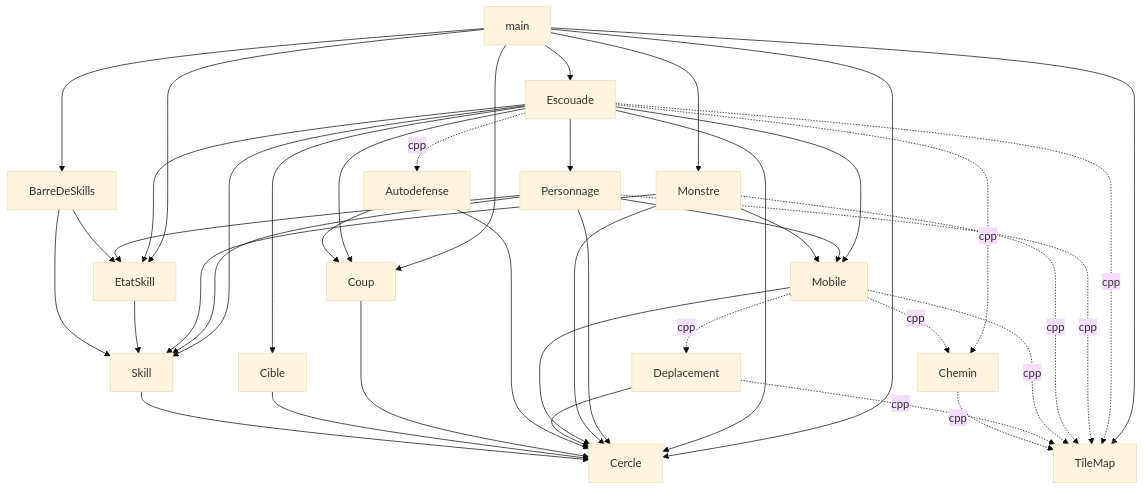
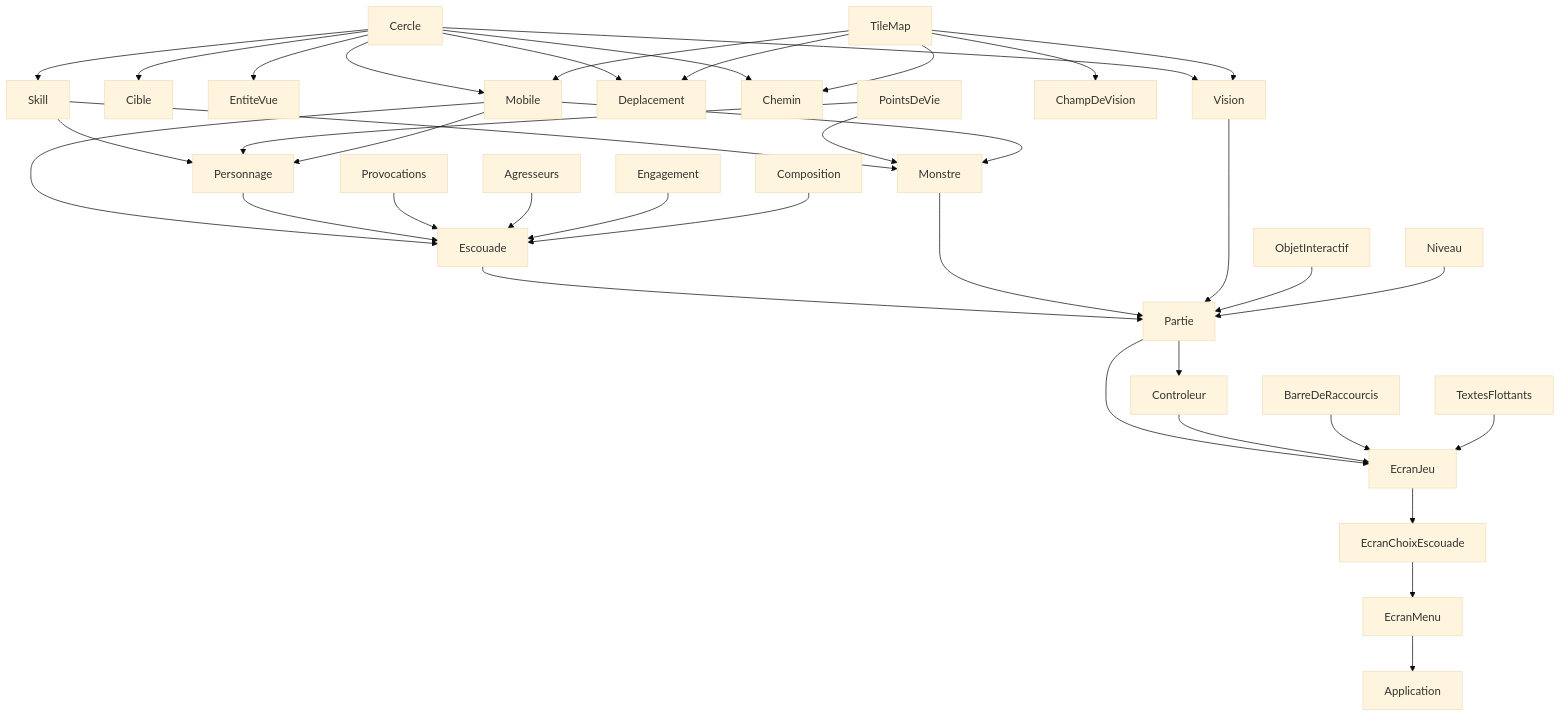
The diagram in docs/audit.md (olivincent/squad-arpg), drawn with Mermaid (base theme) before and after one commit. The commit also changed other lines of this file and 1 other file, not shown here.

````diff
--- a/docs/audit.md
+++ b/docs/audit.md
@@ -72,21 +206,14 @@
 ```mermaid
 graph TD
-  main --> BarreDeSkills & Escouade & Monstre & TileMap & Cercle & Coup & EtatSkill
-  Escouade --> Personnage & Mobile & Skill & Cible & Cercle & Coup & EtatSkill
-  Escouade -.cpp.-> Autodefense & Chemin & TileMap
-  Personnage --> Mobile & Skill & EtatSkill & Cercle
-  Personnage -.cpp.-> TileMap
-  Monstre --> Mobile & Skill & Cercle
-  Monstre -.cpp.-> TileMap
-  Mobile --> Cercle
-  Mobile -.cpp.-> Chemin & Deplacement & TileMap
-  Deplacement --> Cercle
-  Deplacement -.cpp.-> TileMap
-  Chemin -.cpp.-> TileMap
-  Autodefense --> Cercle & Coup
-  Coup --> Cercle
-  Cible --> Cercle
-  EtatSkill --> Skill
-  BarreDeSkills --> EtatSkill & Skill
-  Skill --> Cercle
+  Cercle --> Skill & Cible & EntiteVue & Mobile & Deplacement & Chemin & Vision
+  TileMap --> Chemin & Deplacement & Mobile & ChampDeVision & Vision
+  Skill --> Personnage & Monstre
+  PointsDeVie --> Personnage & Monstre
+  Mobile --> Personnage & Monstre & Escouade
+  Personnage --> Escouade
+  Provocations & Agresseurs & Engagement & Composition --> Escouade
+  Escouade & Monstre & Vision & ObjetInteractif & Niveau --> Partie
+  Partie --> Controleur & EcranJeu
+  Controleur & BarreDeRaccourcis & TextesFlottants --> EcranJeu
+  EcranJeu --> EcranChoixEscouade --> EcranMenu --> Application
 ```
````
